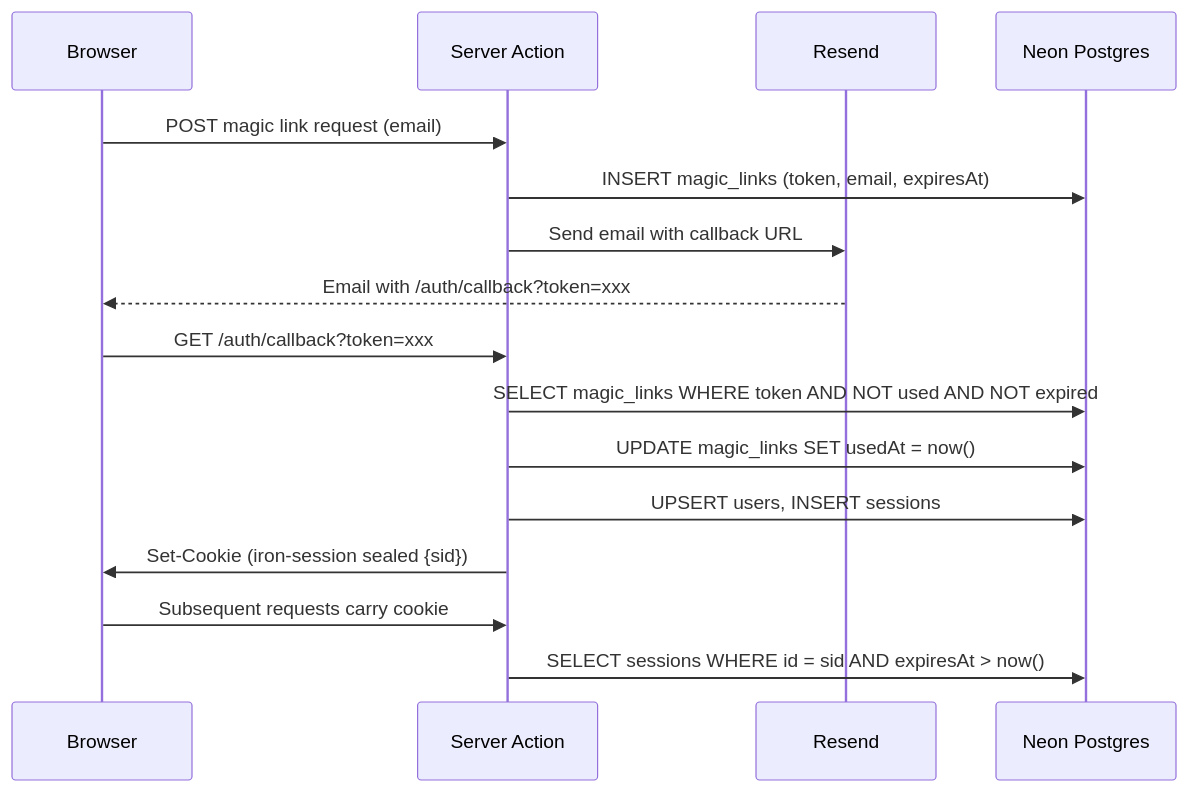
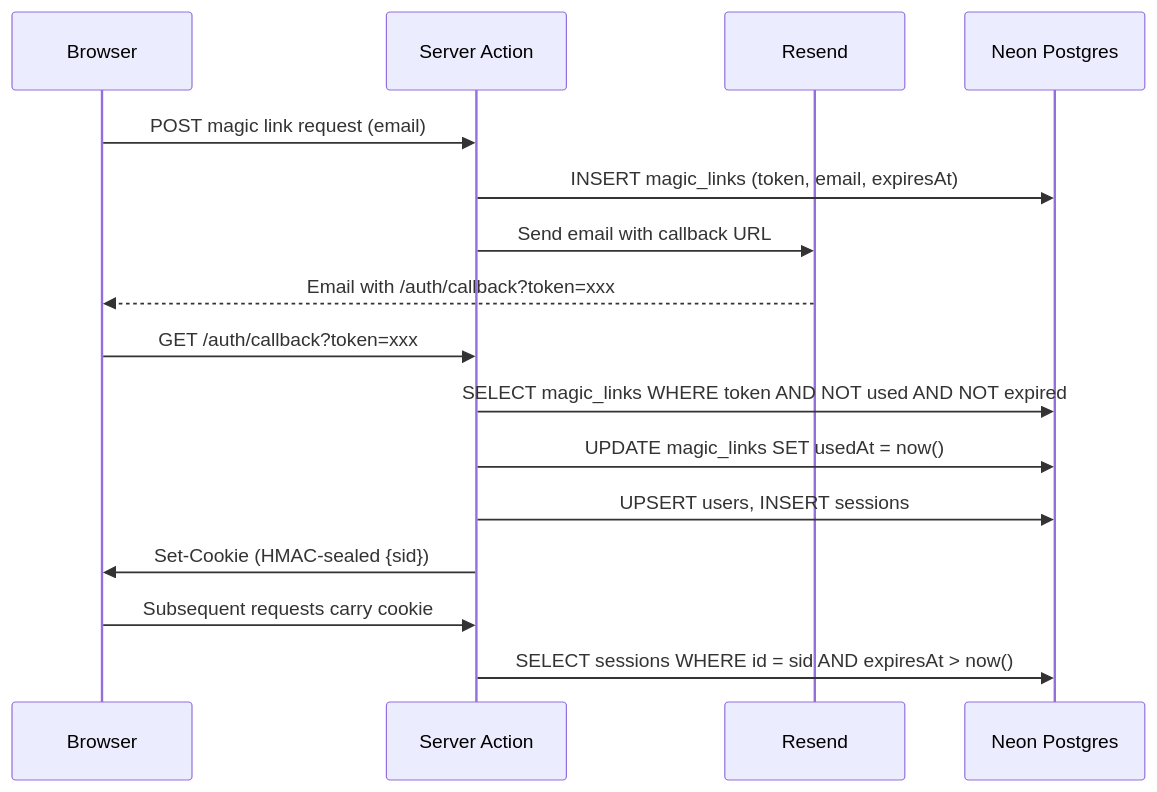
Before and after one commit to Abdul-Muizz1310/bastion: the third of 4 diagrams in docs/ARCHITECTURE.md, drawn with Mermaid. The commit also changed other lines of this file and 6 other files, not shown here.

First line of the commit message:
docs: refresh architecture/spec docs and env example

````diff
--- a/docs/ARCHITECTURE.md
+++ b/docs/ARCHITECTURE.md
@@ -104,19 +142,19 @@
 ```mermaid
 sequenceDiagram
     participant B as Browser
     participant S as Server Action
     participant R as Resend
     participant DB as Neon Postgres
 
     B->>S: POST magic link request (email)
     S->>DB: INSERT magic_links (token, email, expiresAt)
     S->>R: Send email with callback URL
     R-->>B: Email with /auth/callback?token=xxx
     B->>S: GET /auth/callback?token=xxx
     S->>DB: SELECT magic_links WHERE token AND NOT used AND NOT expired
     S->>DB: UPDATE magic_links SET usedAt = now()
     S->>DB: UPSERT users, INSERT sessions
-    S->>B: Set-Cookie (iron-session sealed {sid})
+    S->>B: Set-Cookie (HMAC-sealed {sid})
     B->>S: Subsequent requests carry cookie
     S->>DB: SELECT sessions WHERE id = sid AND expiresAt > now()
 ```
````
